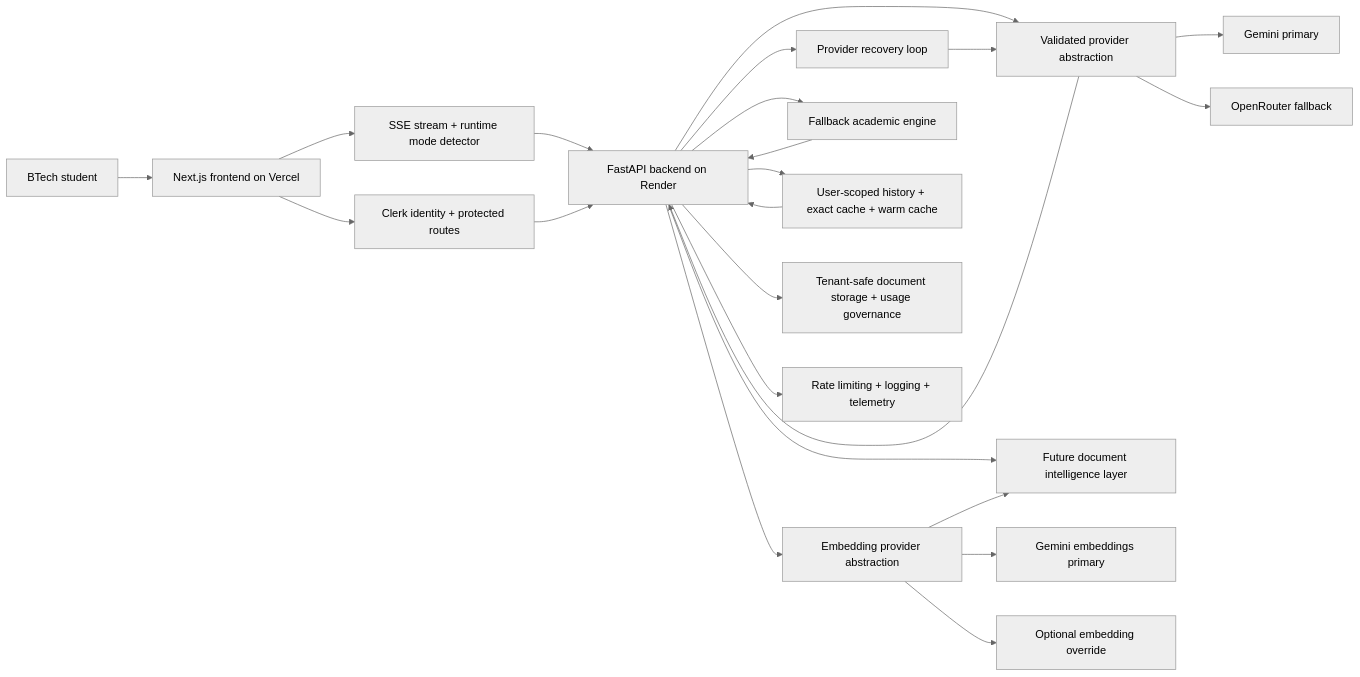
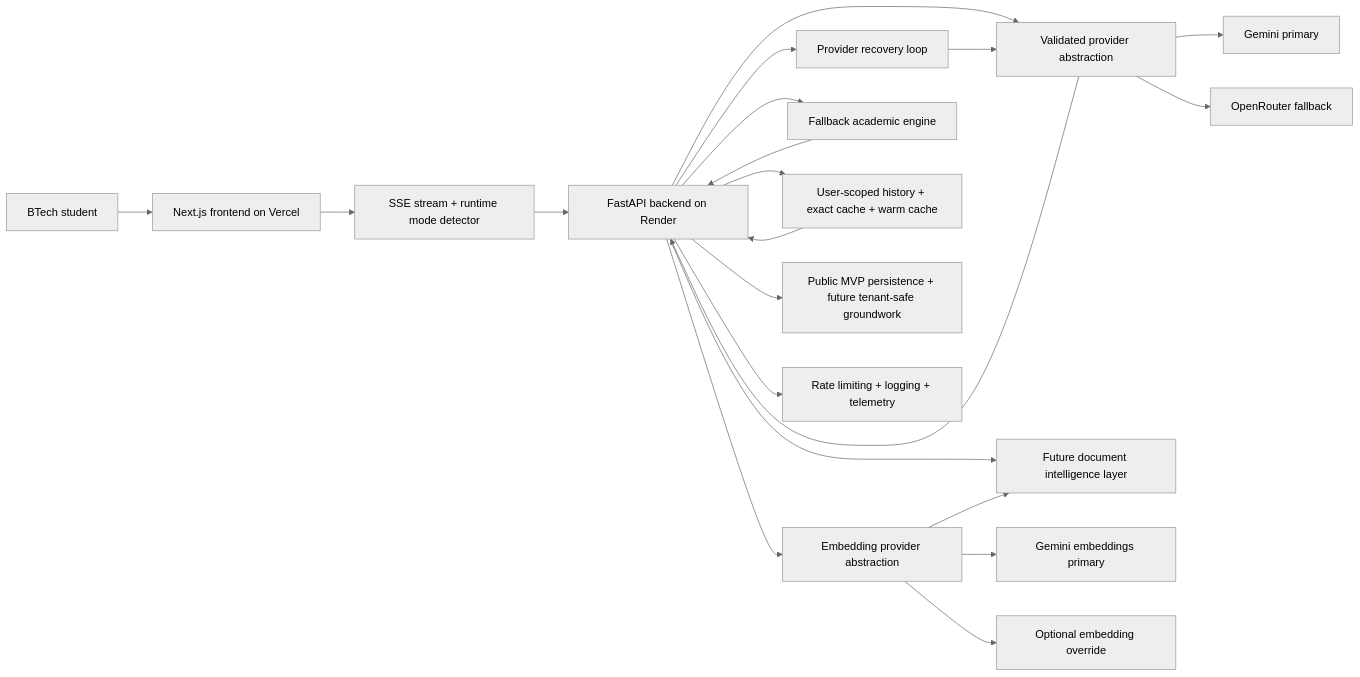
One commit to tauqxxr7/scholr changed the diagram in README.md. Above: the diagram before and after it, drawn with Mermaid (neutral theme). The commit also changed other lines of this file and 24 other files, not shown here.

Commit message:
Restore Scholr public MVP by removing Clerk auth

````diff
--- a/README.md
+++ b/README.md
@@ -242,25 +242,23 @@
 ```mermaid
 flowchart LR
     User["BTech student"] --> Frontend["Next.js frontend on Vercel"]
-    Frontend --> Auth["Clerk identity + protected routes"]
     Frontend --> Stream["SSE stream + runtime mode detector"]
     Stream --> Backend["FastAPI backend on Render"]
-    Auth --> Backend
     Backend --> Provider["Validated provider abstraction"]
     Backend --> Embeddings["Embedding provider abstraction"]
     Backend --> Recovery["Provider recovery loop"]
     Backend --> Fallback["Fallback academic engine"]
     Backend --> Cache["User-scoped history + exact cache + warm cache"]
-    Backend --> Tenancy["Tenant-safe document storage + usage governance"]
+    Backend --> Tenancy["Public MVP persistence + future tenant-safe groundwork"]
     Backend --> RAG["Future document intelligence layer"]
     Backend --> Logs["Rate limiting + logging + telemetry"]
     Provider --> Gemini["Gemini primary"]
     Provider --> OpenRouter["OpenRouter fallback"]
     Embeddings --> GemEmbed["Gemini embeddings primary"]
     Embeddings --> EmbedFallback["Optional embedding override"]
     Provider --> Backend
     Embeddings --> RAG
     Recovery --> Provider
     Fallback --> Backend
     Cache --> Backend
 ```
````
